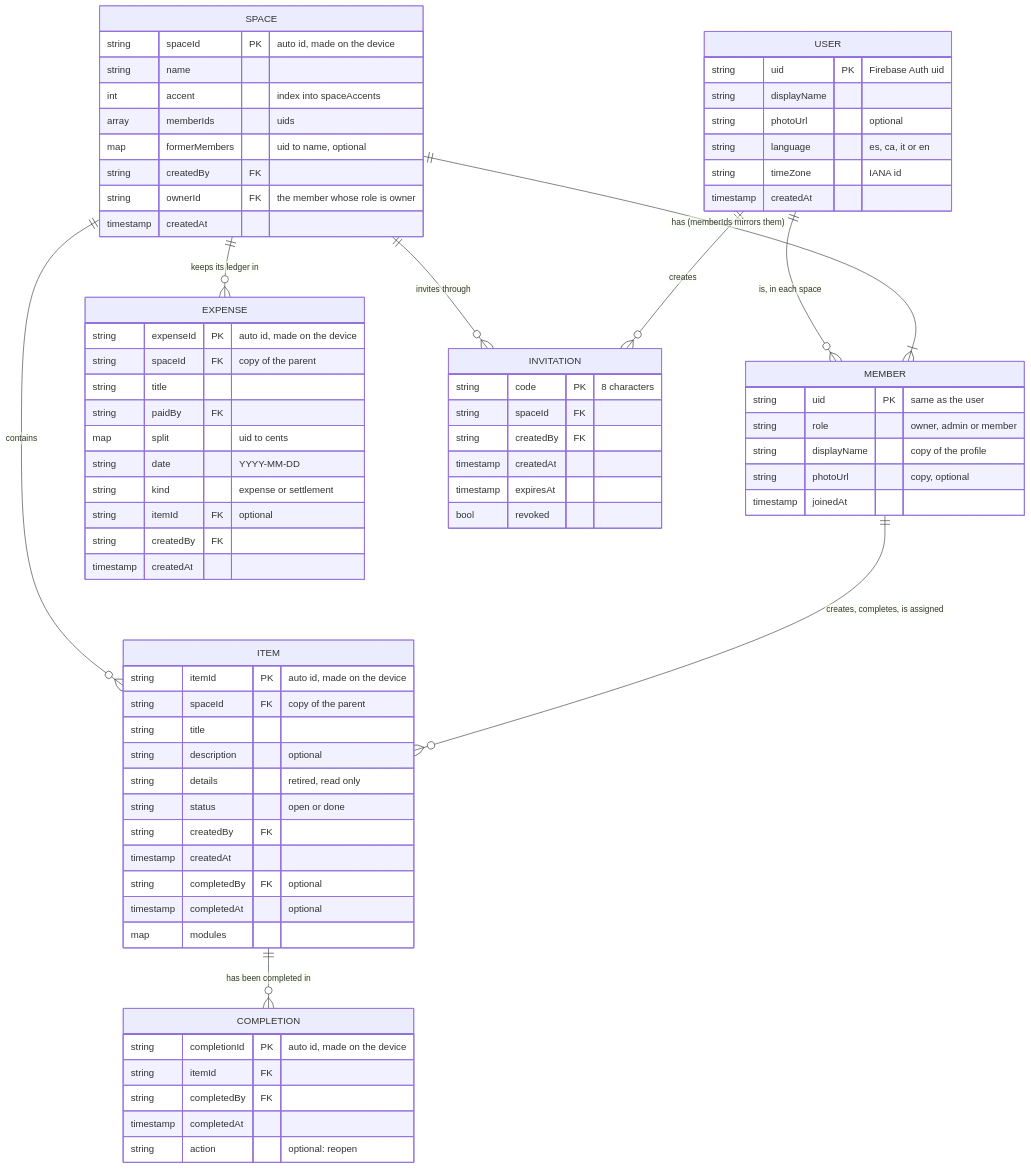
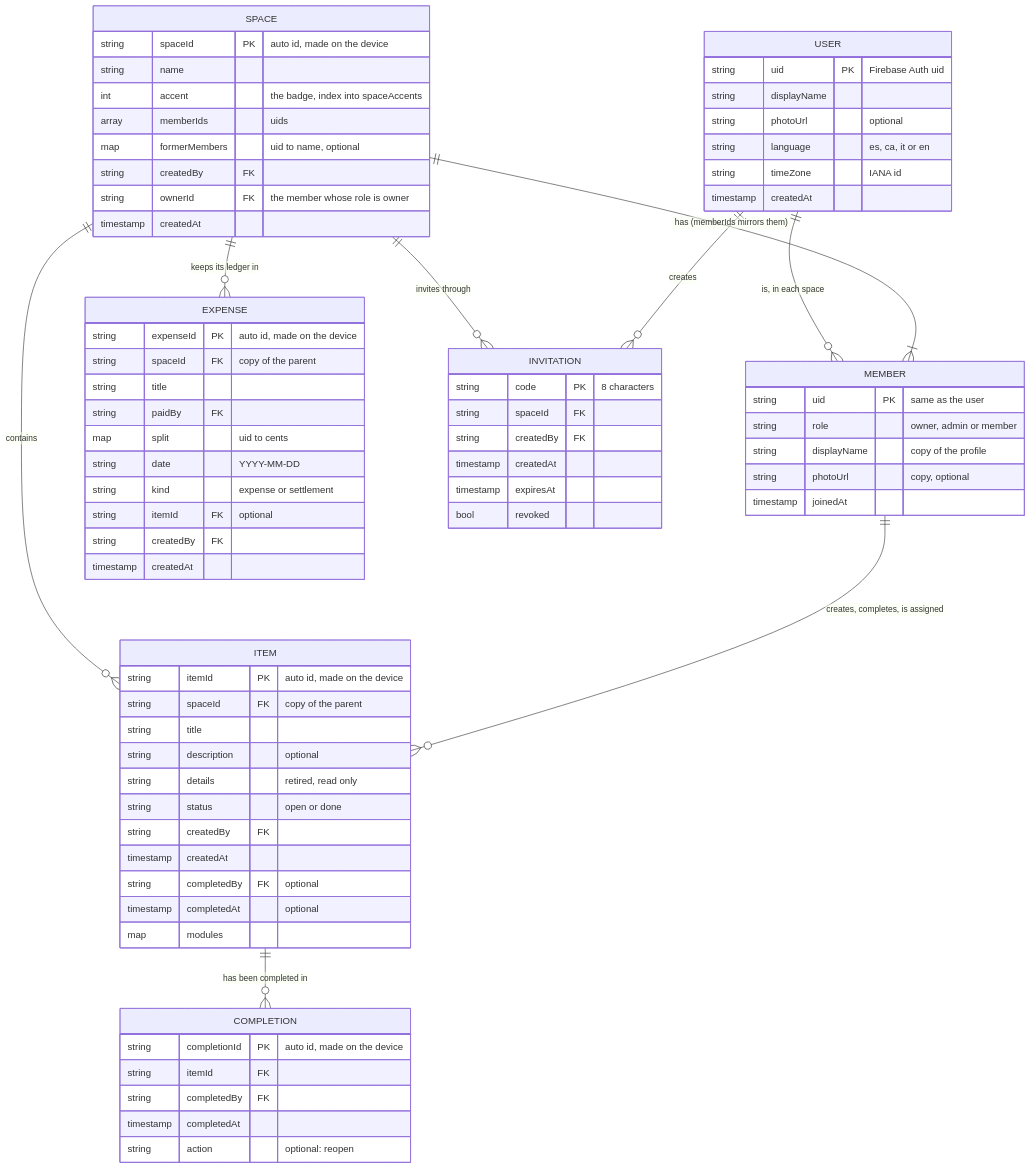
Before and after one commit to Erkko68/orbit: the diagram in docs/data/firestore-schema.md, drawn with Mermaid. The commit also changed other lines of this file and 115 other files, not shown here.

````diff
--- a/docs/data/firestore-schema.md
+++ b/docs/data/firestore-schema.md
@@ -7,77 +7,77 @@
 ```mermaid
 erDiagram
     USER ||--o{ MEMBER : "is, in each space"
     SPACE ||--|{ MEMBER : "has (memberIds mirrors them)"
     SPACE ||--o{ ITEM : contains
     SPACE ||--o{ EXPENSE : "keeps its ledger in"
     ITEM ||--o{ COMPLETION : "has been completed in"
     SPACE ||--o{ INVITATION : "invites through"
     USER ||--o{ INVITATION : creates
     MEMBER ||--o{ ITEM : "creates, completes, is assigned"
 
     USER {
         string uid PK "Firebase Auth uid"
         string displayName
         string photoUrl "optional"
         string language "es, ca, it or en"
         string timeZone "IANA id"
         timestamp createdAt
     }
     SPACE {
         string spaceId PK "auto id, made on the device"
         string name
-        int accent "index into spaceAccents"
+        int accent "the badge, index into spaceAccents"
         array memberIds "uids"
         map formerMembers "uid to name, optional"
         string createdBy FK
         string ownerId FK "the member whose role is owner"
         timestamp createdAt
     }
     MEMBER {
         string uid PK "same as the user"
         string role "owner, admin or member"
         string displayName "copy of the profile"
         string photoUrl "copy, optional"
         timestamp joinedAt
     }
     ITEM {
         string itemId PK "auto id, made on the device"
         string spaceId FK "copy of the parent"
         string title
         string description "optional"
         string details "retired, read only"
         string status "open or done"
         string createdBy FK
         timestamp createdAt
         string completedBy FK "optional"
         timestamp completedAt "optional"
         map modules
     }
     COMPLETION {
         string completionId PK "auto id, made on the device"
         string itemId FK
         string completedBy FK
         timestamp completedAt
         string action "optional: reopen"
     }
     EXPENSE {
         string expenseId PK "auto id, made on the device"
         string spaceId FK "copy of the parent"
         string title
         string paidBy FK
         map split "uid to cents"
         string date "YYYY-MM-DD"
         string kind "expense or settlement"
         string itemId FK "optional"
         string createdBy FK
         timestamp createdAt
     }
     INVITATION {
         string code PK "8 characters"
         string spaceId FK
         string createdBy FK
         timestamp createdAt
         timestamp expiresAt
         bool revoked
     }
 ```
````
